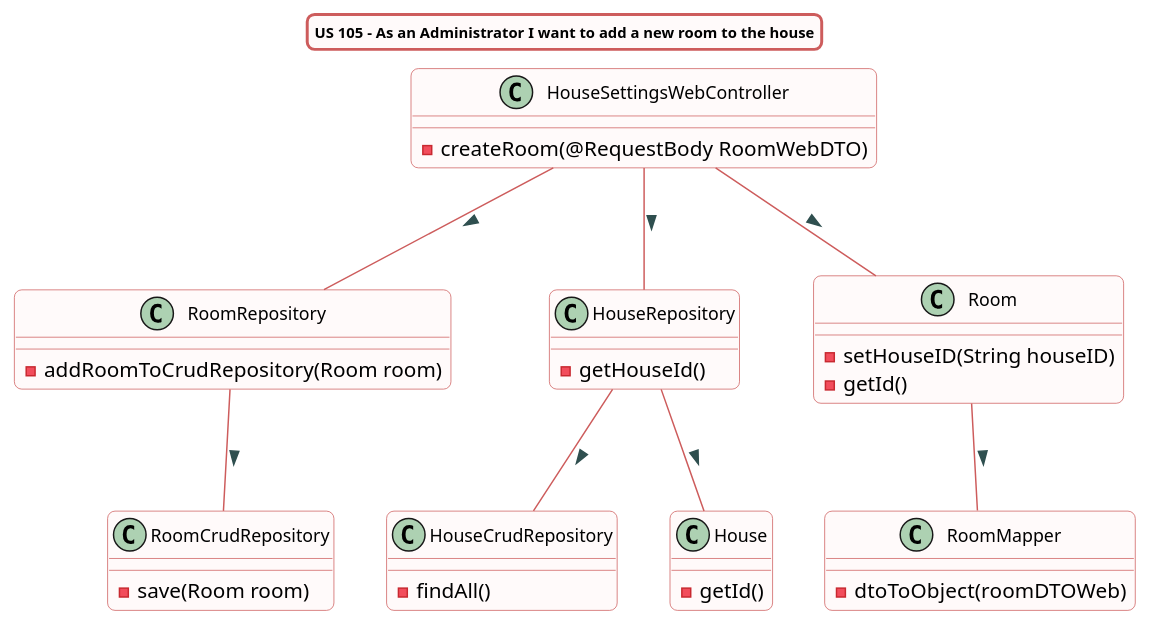
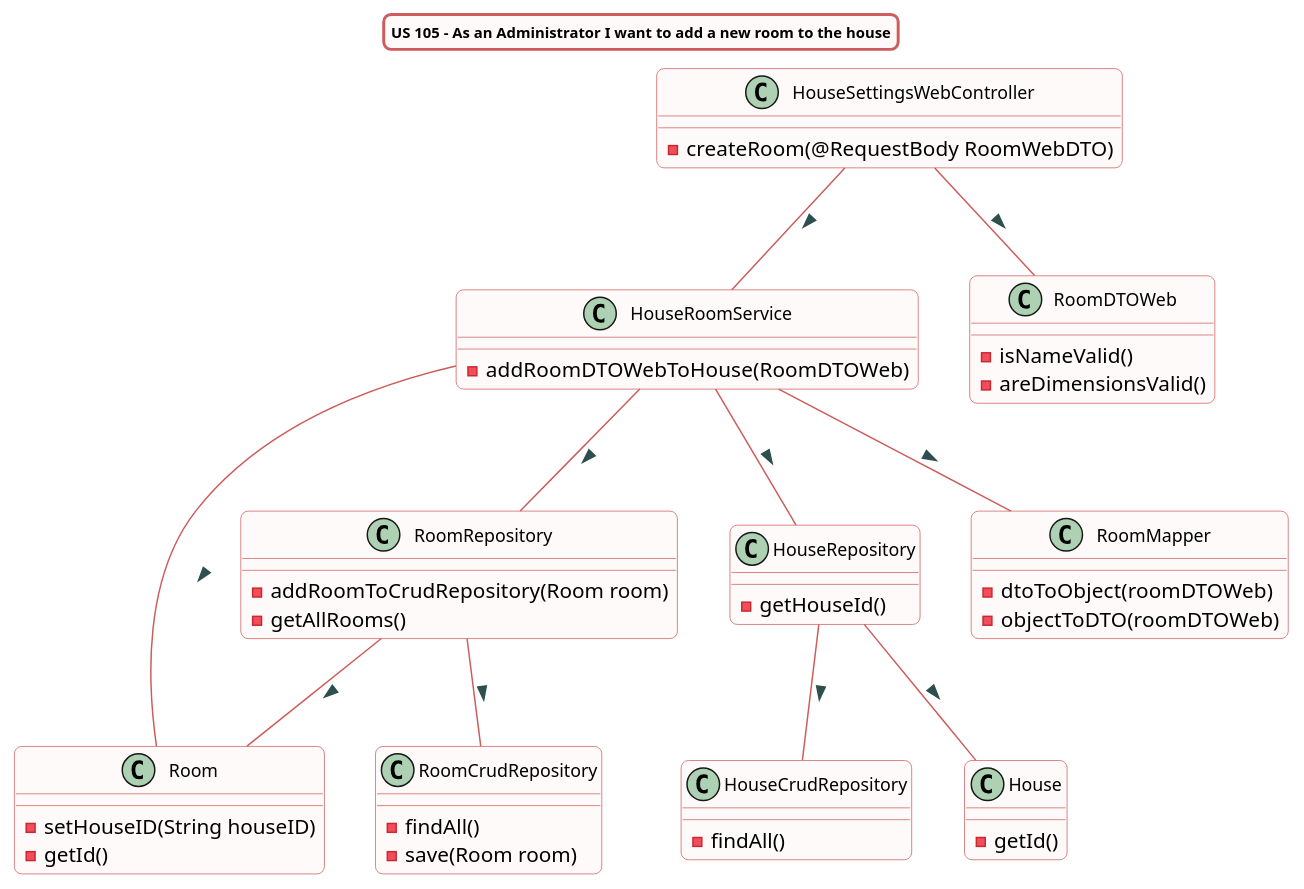
The diagram in src/doc/WEB_Controllers/HouseConfiguration/US105/US105_ClassDiagram.puml (Almadanmp/project), drawn with PlantUML before and after one commit. The commit also changed 5 other files, not shown here.

```diff
--- a/src/doc/WEB_Controllers/HouseConfiguration/US105/US105_ClassDiagram.puml
+++ b/src/doc/WEB_Controllers/HouseConfiguration/US105/US105_ClassDiagram.puml
@@ -1,76 +1,93 @@
 @startuml
 
 title US 105 - As an Administrator I want to add a new room to the house
 skinparam titleBorderRoundCorner 10
 skinparam titleBorderThickness 2
 skinparam titleBorderColor indianred
 skinparam titleBackgroundColor Snow
 skinparam FontName quicksand
 skinparam titleFontSize 10
 skinparam roundcorner 10
 
 
 skinparam class {
   BorderColor indianred
   BackgroundColor indianred
   BackgroundColor Snow
    roundcorner 10
    ArrowFontName Verdana
    ArrowColor indianred
    ArrowFontColor darkslategrey
    FontSize 12
 }
 
 class HouseSettingsWebController
+class HouseRoomService
 class RoomRepository
 class HouseRepository
 class Room
 class RoomMapper
 class HouseCrudRepository
 class RoomCrudRepository
 
-HouseSettingsWebController -- RoomRepository : >
-HouseSettingsWebController -- HouseRepository : >
-HouseSettingsWebController -- Room : >
-Room -- RoomMapper : >
+HouseSettingsWebController -- HouseRoomService: >
+HouseSettingsWebController -- RoomDTOWeb: >
+HouseRoomService -- RoomMapper : >
+HouseRoomService -- HouseRepository : >
+HouseRoomService -- RoomRepository : >
+HouseRoomService -- Room : >
 HouseRepository -- HouseCrudRepository : >
 HouseRepository -- House : >
 RoomRepository -- RoomCrudRepository : >
+RoomRepository -- Room : >
+
 
 
 
 class HouseSettingsWebController {
 -createRoom(@RequestBody RoomWebDTO)
 }
 
+class RoomDTOWeb {
+-isNameValid()
+-areDimensionsValid()
+}
+
+class HouseRoomService {
+-addRoomDTOWebToHouse(RoomDTOWeb)
+}
+
 class Room{
 -setHouseID(String houseID)
-- getId()
+-getId()
 }
 
 class RoomMapper{
 -dtoToObject(roomDTOWeb)
+-objectToDTO(roomDTOWeb)
 }
 
 
 class RoomRepository {
 - addRoomToCrudRepository(Room room)
+-getAllRooms()
 }
 
 class HouseRepository {
 - getHouseId()
 }
 
 class House {
 - getId()
 }
 
 class RoomCrudRepository{
+-findAll()
 -save(Room room)
 }
 
 class HouseCrudRepository{
 -findAll()
 }
 
 @enduml
```
